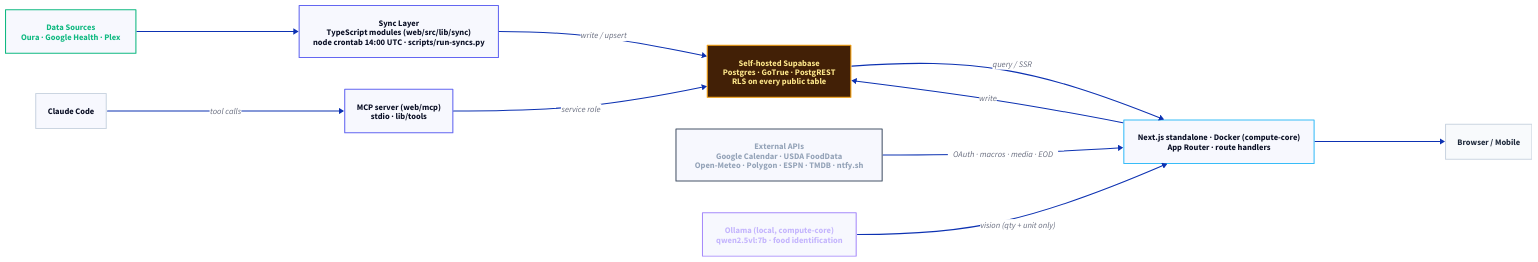
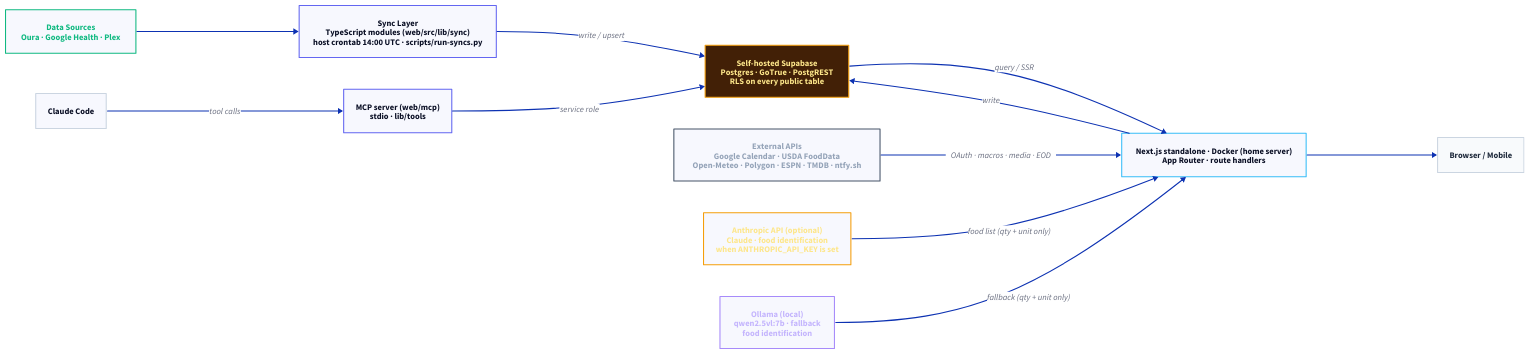
Before and after one commit to Theioz/mr-bridge-assistant: the diagram in docs/architecture.d2, drawn with D2. The commit also changed 32 other files, not shown here.

```diff
--- a/docs/architecture.d2
+++ b/docs/architecture.d2
@@ -1,59 +1,66 @@
 # To re-render:
-# d2 --layout=elk --theme=200 docs/architecture.d2 docs/architecture.svg && sed -i '' 's/data-d2-version="[^"]*" preserveAspectRatio="[^"]*" viewBox="/width="100%" viewBox="/' docs/architecture.svg
+# (on Linux use `sed -i`; on macOS `sed -i ''`)
+# d2 --layout=elk --theme=200 docs/architecture.d2 docs/architecture.svg && sed -i 's/data-d2-version="[^"]*" preserveAspectRatio="[^"]*" viewBox="/width="100%" viewBox="/' docs/architecture.svg
 # d2 --layout=elk --theme=200 --scale=2 docs/architecture.d2 docs/architecture.png
 
 direction: right
 
 data_sources: "Data Sources\nOura · Google Health · Plex"
 
-sync: "Sync Layer\nTypeScript modules (web/src/lib/sync)\nnode crontab 14:00 UTC · scripts/run-syncs.py"
+sync: "Sync Layer\nTypeScript modules (web/src/lib/sync)\nhost crontab 14:00 UTC · scripts/run-syncs.py"
 
 supabase: "Self-hosted Supabase\nPostgres · GoTrue · PostgREST\nRLS on every public table"
 
-nextjs: "Next.js standalone · Docker (compute-core)\nApp Router · route handlers"
+nextjs: "Next.js standalone · Docker (home server)\nApp Router · route handlers"
 
 external: "External APIs\nGoogle Calendar · USDA FoodData\nOpen-Meteo · Polygon · ESPN · TMDB · ntfy.sh"
 
-ollama: "Ollama (local, compute-core)\nqwen2.5vl:7b · food identification"
+anthropic: "Anthropic API (optional)\nClaude · food identification\nwhen ANTHROPIC_API_KEY is set"
+
+ollama: "Ollama (local)\nqwen2.5vl:7b · fallback\nfood identification"
 
 user: "Browser / Mobile"
 
 mcp: "MCP server (web/mcp)\nstdio · lib/tools"
 
 claude: "Claude Code"
 
 data_sources -> sync
 sync -> supabase: write / upsert
 supabase -> nextjs: query / SSR
 nextjs -> supabase: write
 nextjs -> user
 external -> nextjs: OAuth · macros · media · EOD
-ollama -> nextjs: vision (qty + unit only)
+anthropic -> nextjs: food list (qty + unit only)
+ollama -> nextjs: fallback (qty + unit only)
 mcp -> supabase: service role
 claude -> mcp: tool calls
 
 data_sources.style.stroke: "#10B981"
 data_sources.style.font-color: "#10B981"
 
 sync.style.stroke: "#6366F1"
 
 supabase.style.fill: "#422006"
 supabase.style.stroke: "#F59E0B"
 supabase.style.font-color: "#FDE68A"
 supabase.style.bold: true
 
 nextjs.style.stroke: "#38BDF8"
 
 external.style.stroke: "#475569"
 external.style.font-color: "#94A3B8"
 
+anthropic.style.stroke: "#F59E0B"
+anthropic.style.font-color: "#FDE68A"
+
 ollama.style.stroke: "#A78BFA"
 ollama.style.font-color: "#C4B5FD"
 
 user.style.fill: "#F8FAFC"
 user.style.stroke: "#CBD5E1"
 user.style.font-color: "#1E293B"
 
 mcp.style.stroke: "#6366F1"
 
 claude.style.stroke: "#CBD5E1"
```
